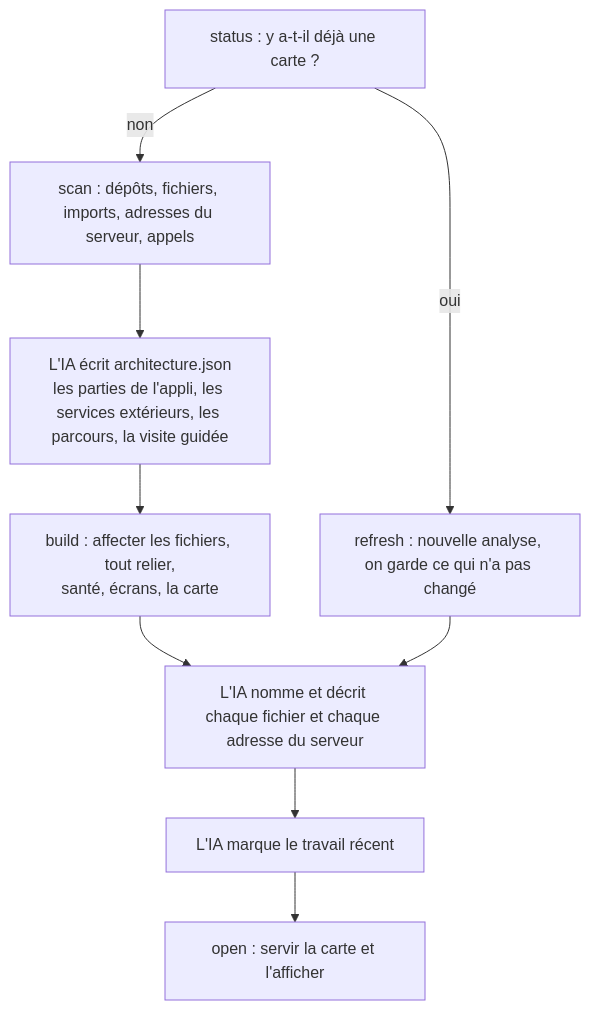
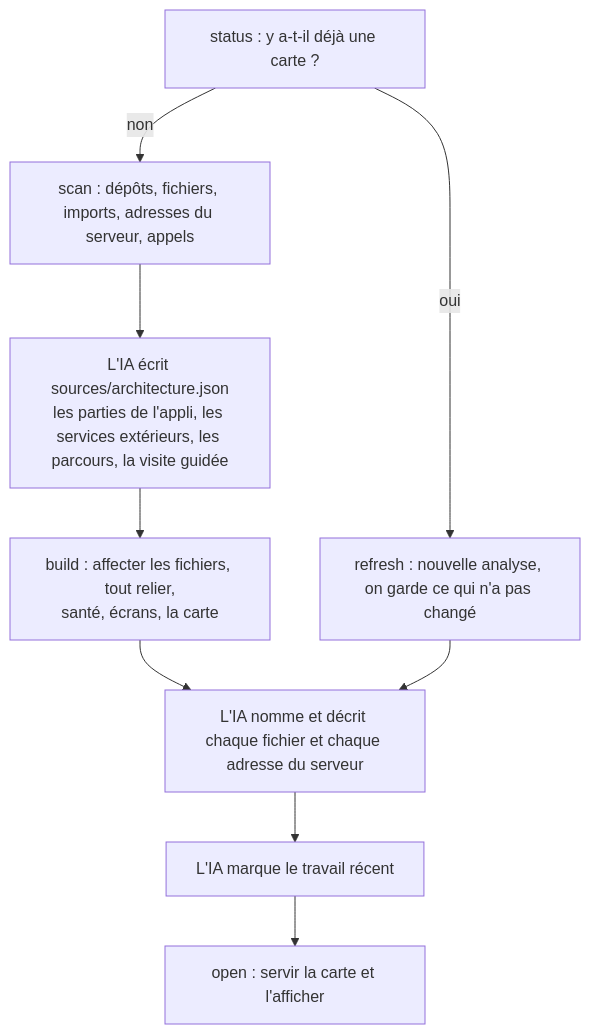
One commit to Doukay/la-carte changed the diagram in docs/comment-ca-marche.md. Above: the diagram before and after it, drawn with Mermaid. The commit also changed other lines of this file and 52 other files, not shown here.

````diff
--- a/docs/comment-ca-marche.md
+++ b/docs/comment-ca-marche.md
@@ -5,11 +5,11 @@
 ```mermaid
 flowchart TD
     status["status : y a-t-il déjà une carte ?"] -->|non| scan
     status -->|oui| refresh["refresh : nouvelle analyse, on garde ce qui n'a pas changé"]
-    scan["scan : dépôts, fichiers, imports, adresses du serveur, appels"] --> arch["L'IA écrit architecture.json<br/>les parties de l'appli, les services extérieurs, les parcours, la visite guidée"]
+    scan["scan : dépôts, fichiers, imports, adresses du serveur, appels"] --> arch["L'IA écrit sources/architecture.json<br/>les parties de l'appli, les services extérieurs, les parcours, la visite guidée"]
     arch --> build["build : affecter les fichiers, tout relier,<br/>santé, écrans, la carte"]
     build --> describe["L'IA nomme et décrit chaque fichier et chaque adresse du serveur"]
     describe --> recent["L'IA marque le travail récent"]
     refresh --> describe
     recent --> open["open : servir la carte et l'afficher"]
 ```
````
